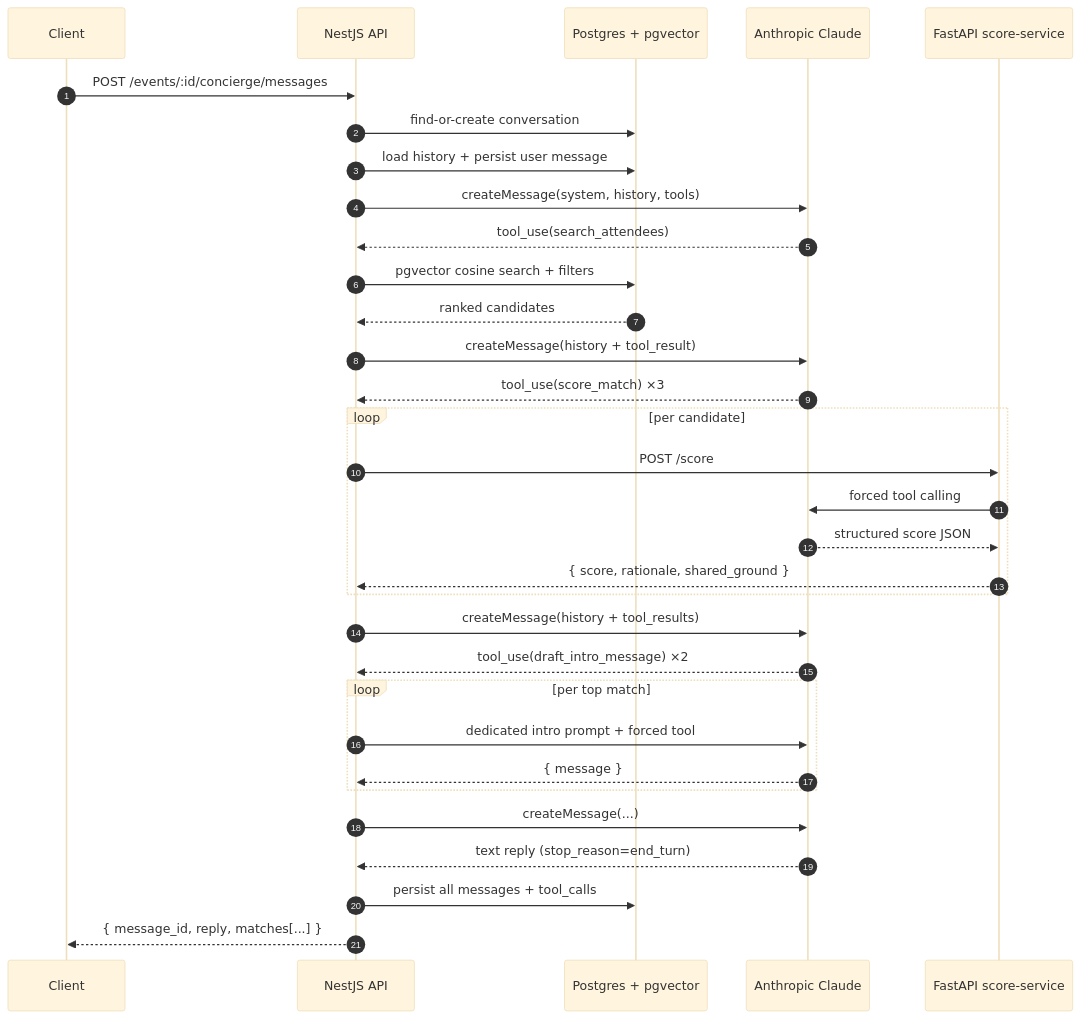
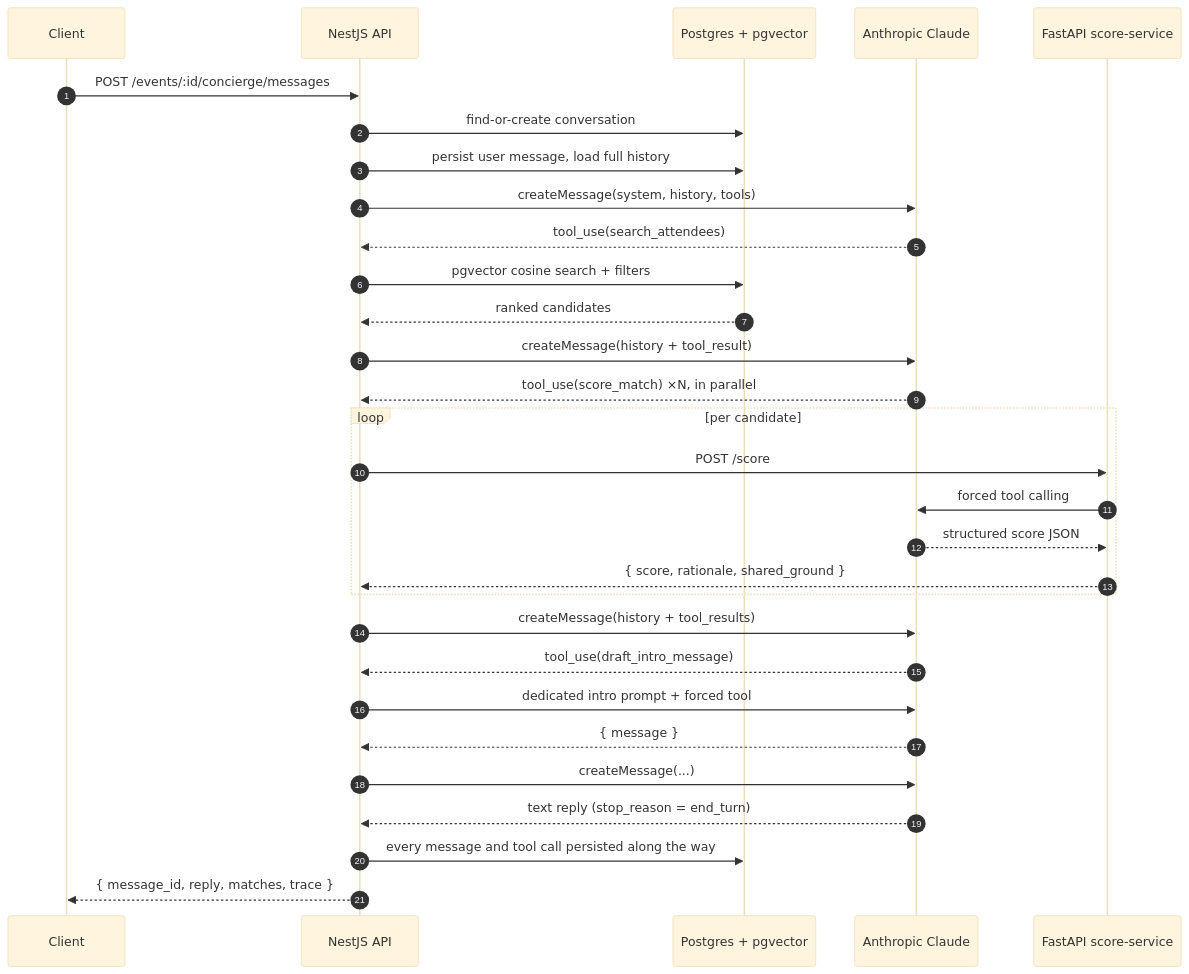
One commit to kardi06/networking-concierge changed the second of 2 diagrams in README.md. Above: the diagram before and after it, drawn with Mermaid (base theme). The commit also changed other lines of this file and 2 other files, not shown here.

````diff
--- a/README.md
+++ b/README.md
@@ -347,35 +150,33 @@
 ```mermaid
 sequenceDiagram
     autonumber
     participant Client
     participant API as NestJS API
     participant DB as Postgres + pgvector
     participant Claude as Anthropic Claude
     participant Score as FastAPI score-service
 
     Client->>API: POST /events/:id/concierge/messages
     API->>DB: find-or-create conversation
-    API->>DB: load history + persist user message
+    API->>DB: persist user message, load full history
     API->>Claude: createMessage(system, history, tools)
     Claude-->>API: tool_use(search_attendees)
     API->>DB: pgvector cosine search + filters
     DB-->>API: ranked candidates
     API->>Claude: createMessage(history + tool_result)
-    Claude-->>API: tool_use(score_match) ×3
+    Claude-->>API: tool_use(score_match) ×N, in parallel
     loop per candidate
         API->>Score: POST /score
         Score->>Claude: forced tool calling
         Claude-->>Score: structured score JSON
         Score-->>API: { score, rationale, shared_ground }
     end
     API->>Claude: createMessage(history + tool_results)
-    Claude-->>API: tool_use(draft_intro_message) ×2
-    loop per top match
-        API->>Claude: dedicated intro prompt + forced tool
-        Claude-->>API: { message }
-    end
+    Claude-->>API: tool_use(draft_intro_message)
+    API->>Claude: dedicated intro prompt + forced tool
+    Claude-->>API: { message }
     API->>Claude: createMessage(...)
-    Claude-->>API: text reply (stop_reason=end_turn)
-    API->>DB: persist all messages + tool_calls
-    API-->>Client: { message_id, reply, matches[...] }
+    Claude-->>API: text reply (stop_reason = end_turn)
+    API->>DB: every message and tool call persisted along the way
+    API-->>Client: { message_id, reply, matches, trace }
 ```
````
